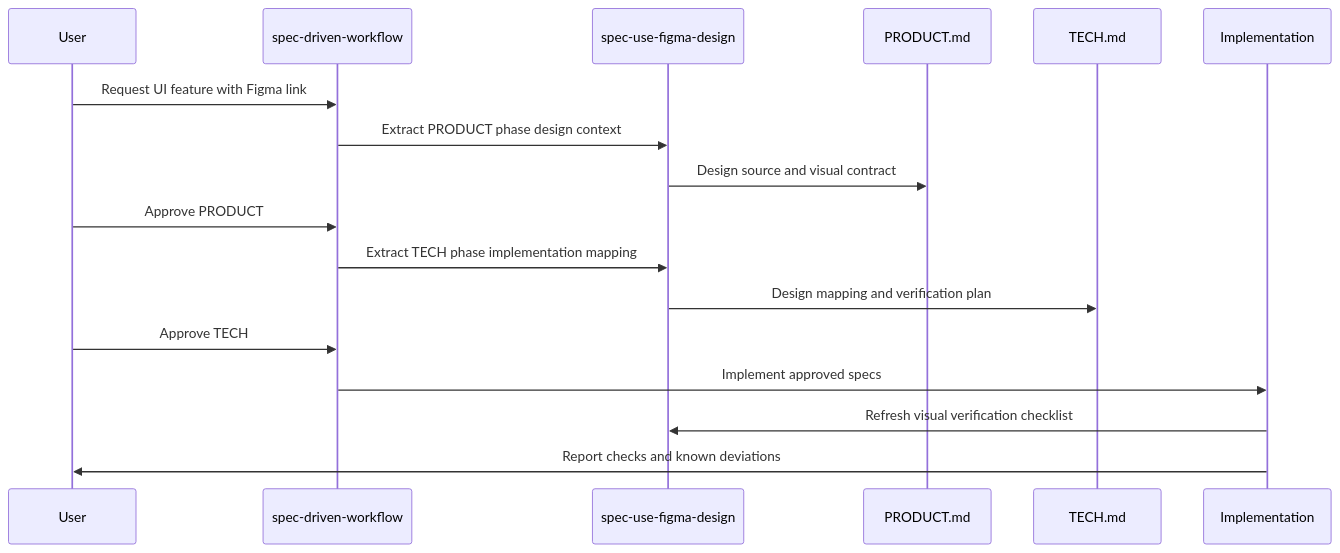
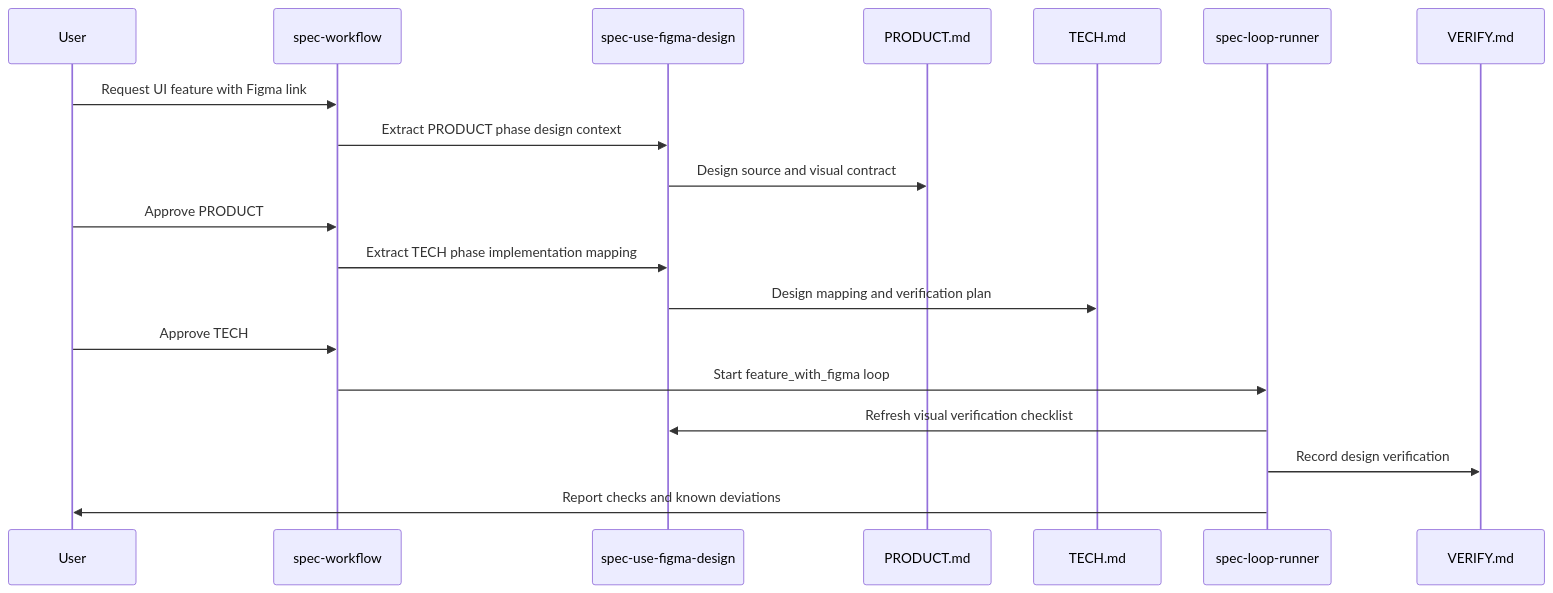
One commit to ai-x-builder/FastSpec changed the diagram in docs/figma-workflow.md. Above: the diagram before and after it, drawn with Mermaid. The commit also changed other lines of this file and 27 other files, not shown here.

First line of the commit message:
feat: add LoopSpec loop runner workflow

````diff
--- a/docs/figma-workflow.md
+++ b/docs/figma-workflow.md
@@ -129,20 +116,22 @@
 ```mermaid
 sequenceDiagram
   participant User
-  participant Workflow as spec-driven-workflow
+  participant Workflow as spec-workflow
   participant Figma as spec-use-figma-design
   participant Product as PRODUCT.md
   participant Tech as TECH.md
-  participant Impl as Implementation
+  participant Runner as spec-loop-runner
+  participant Verify as VERIFY.md
 
   User->>Workflow: Request UI feature with Figma link
   Workflow->>Figma: Extract PRODUCT phase design context
   Figma->>Product: Design source and visual contract
   User->>Workflow: Approve PRODUCT
   Workflow->>Figma: Extract TECH phase implementation mapping
   Figma->>Tech: Design mapping and verification plan
   User->>Workflow: Approve TECH
-  Workflow->>Impl: Implement approved specs
-  Impl->>Figma: Refresh visual verification checklist
-  Impl->>User: Report checks and known deviations
+  Workflow->>Runner: Start feature_with_figma loop
+  Runner->>Figma: Refresh visual verification checklist
+  Runner->>Verify: Record design verification
+  Runner->>User: Report checks and known deviations
 ```
````
